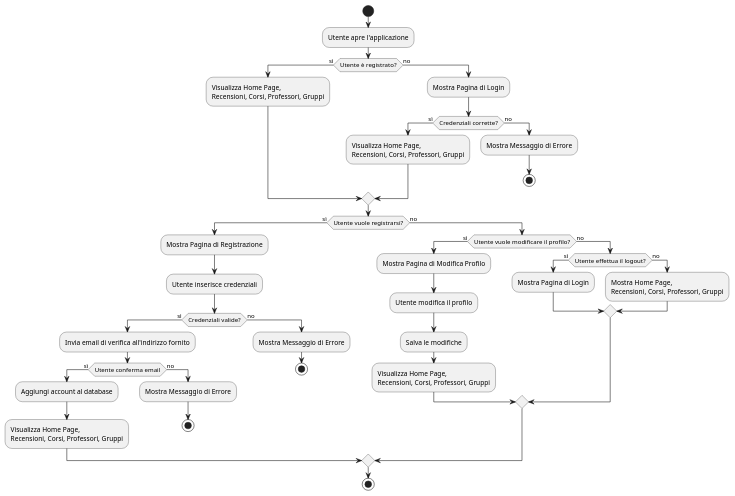
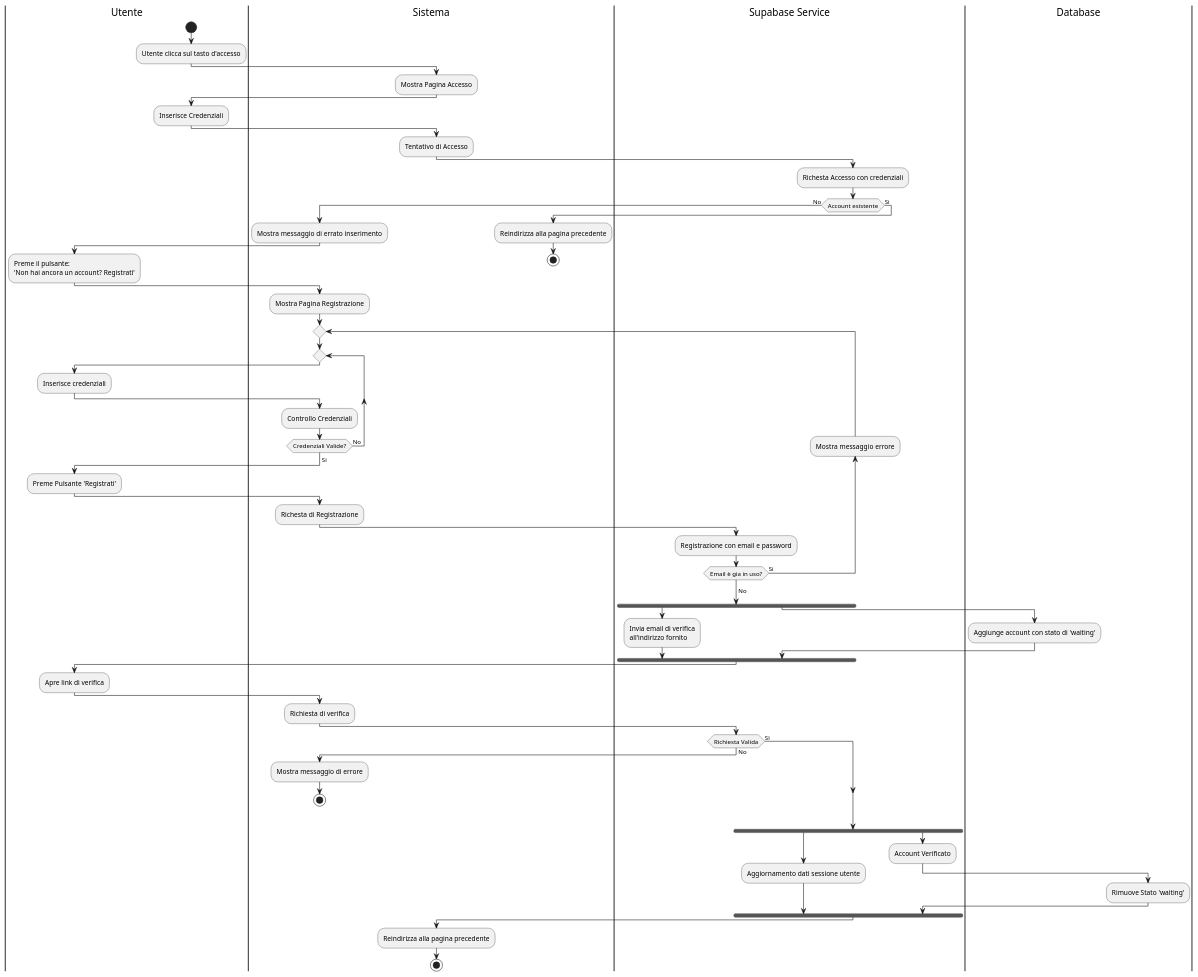
The diagram in Diagrammi/Activity Diagram/ActivityDiagram.puml (AndreaCremonesi4/UniTeam), drawn with PlantUML before and after one commit. The commit also changed 10 other files, not shown here.

```diff
--- a/Diagrammi/Activity Diagram/ActivityDiagram.puml
+++ b/Diagrammi/Activity Diagram/ActivityDiagram.puml
@@ -1,50 +1,106 @@
-@startuml
+@startuml ActivityDiagram
 
-'tanto per capire se un Activity può andare per spigare il processo
+|Utente| 
+|Sistema|
+|Supabase Service|
+|Database|
+
+|Utente| 
 start
-:Utente apre l'applicazione;
-if (Utente è registrato?) then (sì)
-  :Visualizza Home Page,\nRecensioni, Corsi, Professori, Gruppi;
-else (no)
-  :Mostra Pagina di Login;
-  if (Credenziali corrette?) then (sì)
-    :Visualizza Home Page,\nRecensioni, Corsi, Professori, Gruppi;
-  else (no)
-    :Mostra Messaggio di Errore;
+:Utente clicca sul tasto d'accesso;
+
+|Sistema|
+:Mostra Pagina Accesso;
+
+|Utente|
+:Inserisce Credenziali;
+
+|Sistema|
+:Tentativo di Accesso;
+
+|Supabase Service|
+:Richesta Accesso con credenziali;
+
+if (Account esistente) then (No) 
+  |Sistema|
+  :Mostra messaggio di errato inserimento;
+  
+  |Utente|
+  :Preme il pulsante:\n'Non hai ancora un account? Registrati';
+
+  |Sistema|
+  :Mostra Pagina Registrazione;
+
+  repeat
+  repeat
+  |Utente|
+  :Inserisce credenziali;
+  
+  |Sistema|
+  :Controllo Credenziali;
+  repeat while (Credenziali Valide?) is (No)
+  ->Si;
+  
+  |Utente|
+  :Preme Pulsante 'Registrati';
+  
+  |Sistema|
+  :Richesta di Registrazione;
+
+  |Supabase Service|
+  :Registrazione con email e password;
+  
+  backward :Mostra messaggio errore;
+  
+  repeat while (Email è gia in uso?) is (Si)
+  ->No;
+
+  |Supabase Service|
+  fork
+  :Invia email di verifica\nall'indirizzo fornito;
+  
+  fork again
+  |Database|
+  :Aggiunge account con stato di 'waiting';
+  |Supabase Service|
+  end fork 
+  
+  |Utente|
+  :Apre link di verifica;
+  
+  |Sistema|
+  :Richiesta di verifica;
+
+  |Supabase Service|
+  if (Richiesta Valida) then (Sì)
+    
+  else (No)
+    |Sistema|
+    :Mostra messaggio di errore;
     stop
   endif
+  
+
+else(Si)
+  |Sistema|
+  :Reindirizza alla pagina precedente;
+  stop
 endif
 
-if (Utente vuole registrarsi?) then (sì)
-  :Mostra Pagina di Registrazione;
-  :Utente inserisce credenziali;
-  if (Credenziali valide?) then (sì)
-    :Invia email di verifica all'indirizzo fornito;
-    if (Utente conferma email) then (sì)
-      :Aggiungi account al database;
-      :Visualizza Home Page,\nRecensioni, Corsi, Professori, Gruppi;
-    else (no)
-      :Mostra Messaggio di Errore;
-      stop
-    endif
-  else (no)
-    :Mostra Messaggio di Errore;
-    stop
-  endif
-else (no)
-  if (Utente vuole modificare il profilo?) then (sì)
-    :Mostra Pagina di Modifica Profilo;
-    :Utente modifica il profilo;
-    :Salva le modifiche;
-    :Visualizza Home Page,\nRecensioni, Corsi, Professori, Gruppi;
-  else (no)
-    if (Utente effettua il logout?) then (sì)
-      :Mostra Pagina di Login;
-    else (no)
-      :Mostra Home Page,\nRecensioni, Corsi, Professori, Gruppi;
-    endif
-  endif
-endif
+|Supabase Service|
+fork
+:Aggiornamento dati sessione utente;
 
+fork again
+:Account Verificato;
+|Database|
+:Rimuove Stato 'waiting';
+
+|Supabase Service|
+end fork
+
+
+|Sistema|
+:Reindirizza alla pagina precedente;
 stop
 @enduml
```
